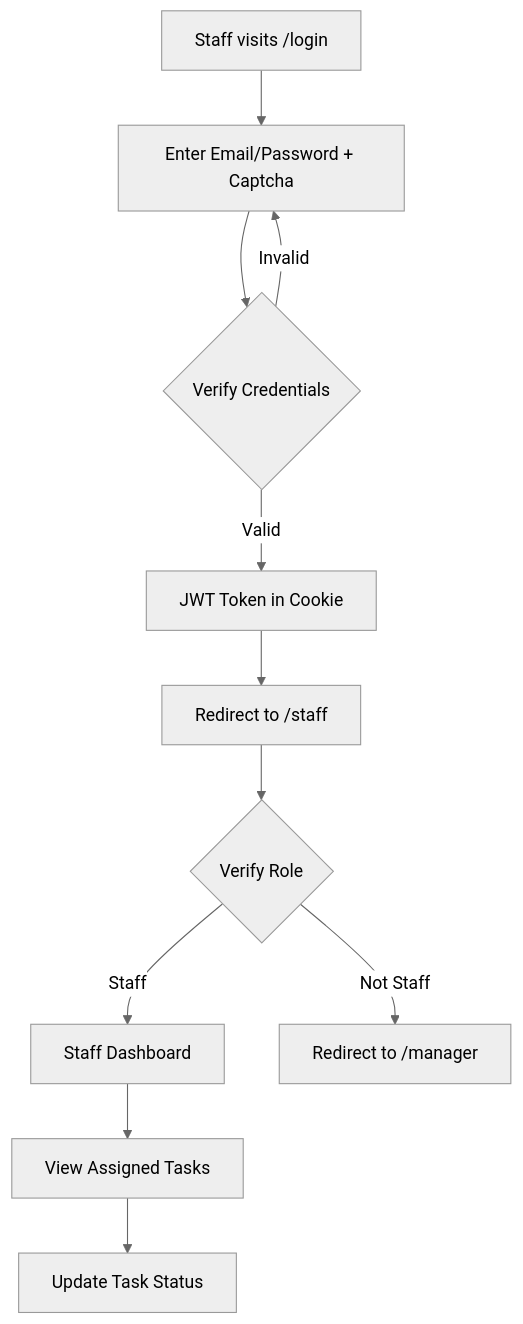
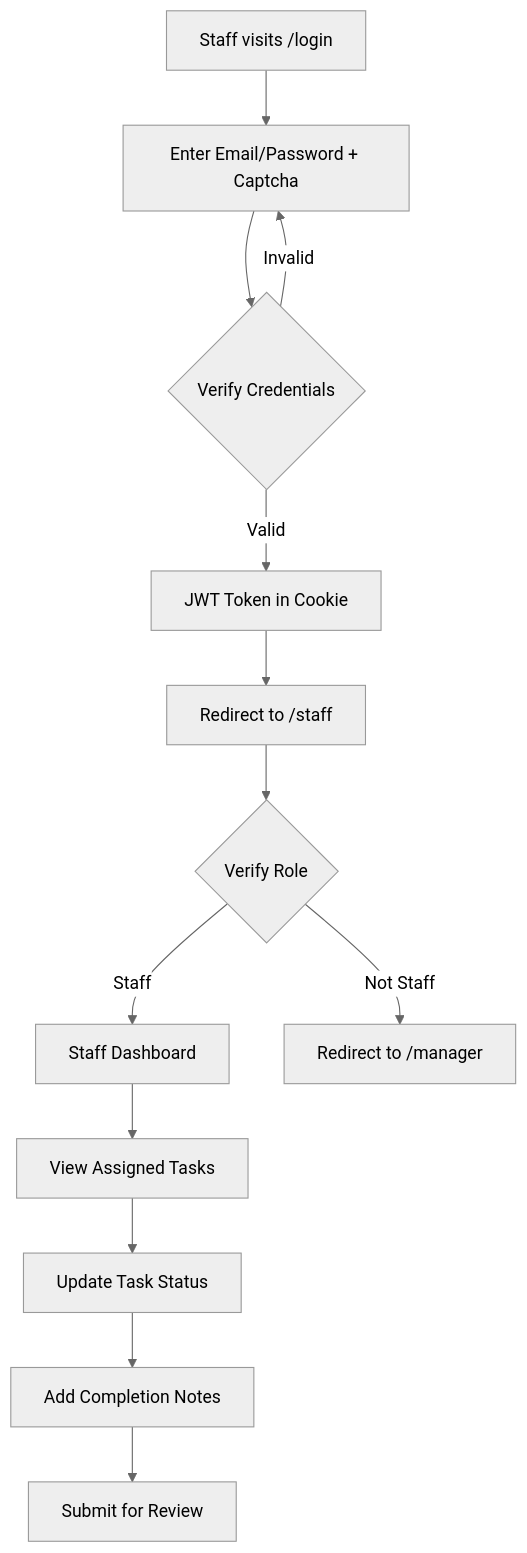
The fourth of 4 diagrams in readme.md (MuhWldns/task-management), drawn with Mermaid (neutral theme) before and after one commit. The commit also changed other lines of this file and 13 other files, not shown here.

````diff
--- a/readme.md
+++ b/readme.md
@@ -181,13 +317,15 @@
 ```mermaid
 graph TD
     A[Staff visits /login] --> B[Enter Email/Password + Captcha]
     B --> C{Verify Credentials}
     C -->|Valid| D[JWT Token in Cookie]
     C -->|Invalid| B
     D --> E[Redirect to /staff]
     E --> F{Verify Role}
     F -->|Staff| G[Staff Dashboard]
     F -->|Not Staff| H[Redirect to /manager]
     G --> I[View Assigned Tasks]
     I --> J[Update Task Status]
+    J --> K[Add Completion Notes]
+    K --> L[Submit for Review]
 ```
````
